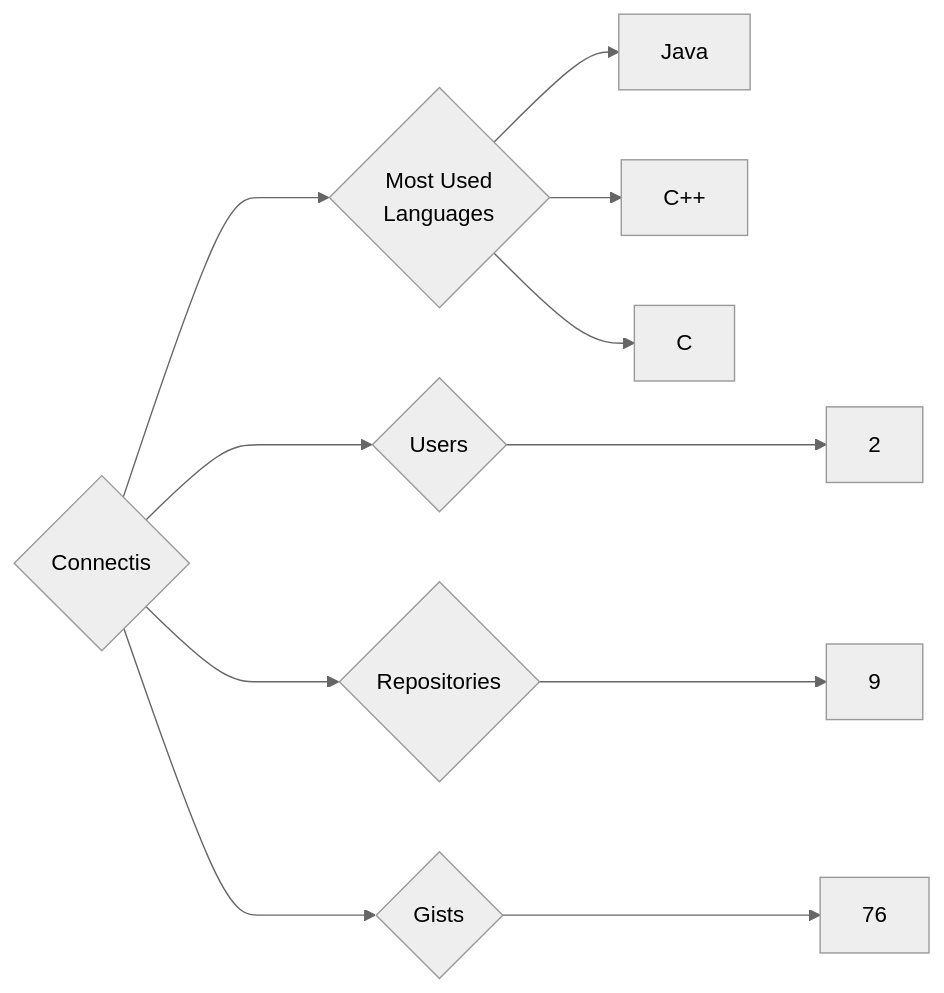
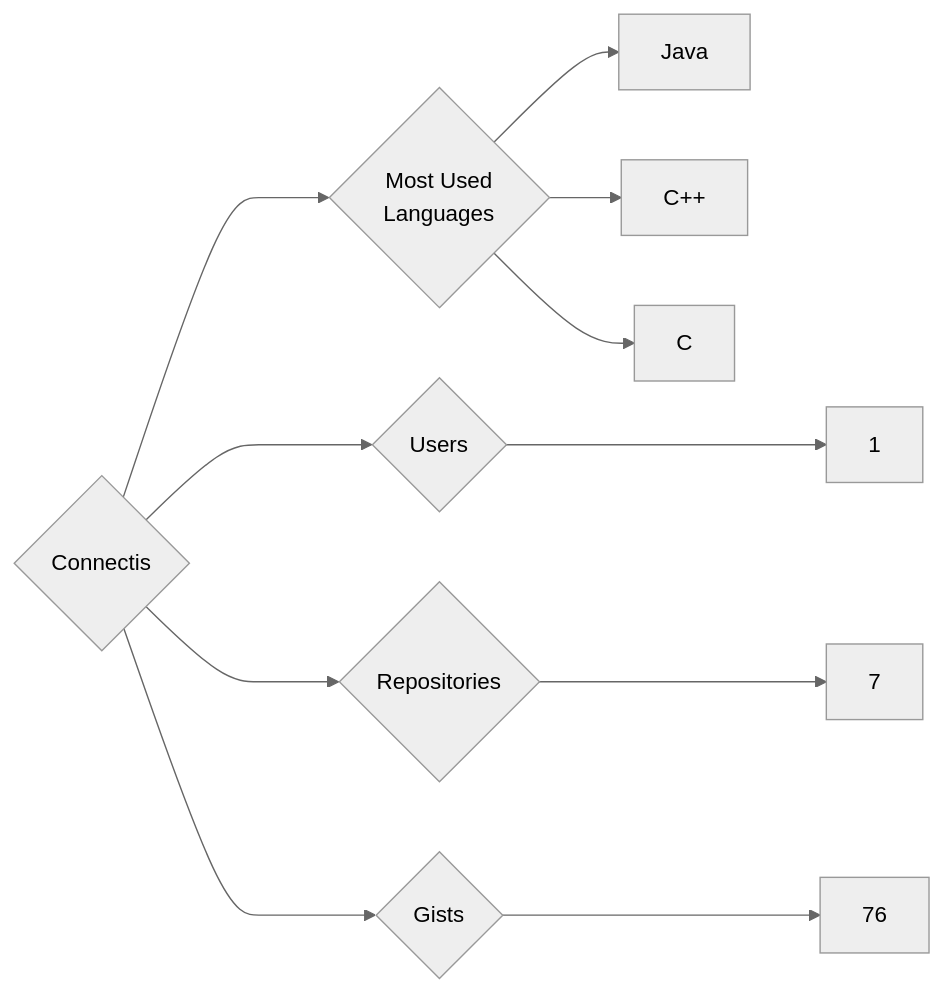
One commit to trickest/insiders changed the diagram in targets/Connectis/README.md. Above: the diagram before and after it, drawn with Mermaid (neutral theme). The commit also changed 1030 other files, not shown here.

````diff
--- a/targets/Connectis/README.md
+++ b/targets/Connectis/README.md
@@ -3,11 +3,11 @@
 ```mermaid
 graph LR
 COMPANY_NAME{Connectis}
-COMPANY_NAME ---> U{Users} ---> UN[2]
-COMPANY_NAME ---> R{Repositories} ---> RN[9]
+COMPANY_NAME ---> U{Users} ---> UN[1]
+COMPANY_NAME ---> R{Repositories} ---> RN[7]
 COMPANY_NAME ---> G{Gists} ---> GN[76]
 COMPANY_NAME ---> ML{Most Used<br>Languages}
 ML --> Java[Java]
 ML --> C++[C++]
 ML --> C[C]
 ```
````
